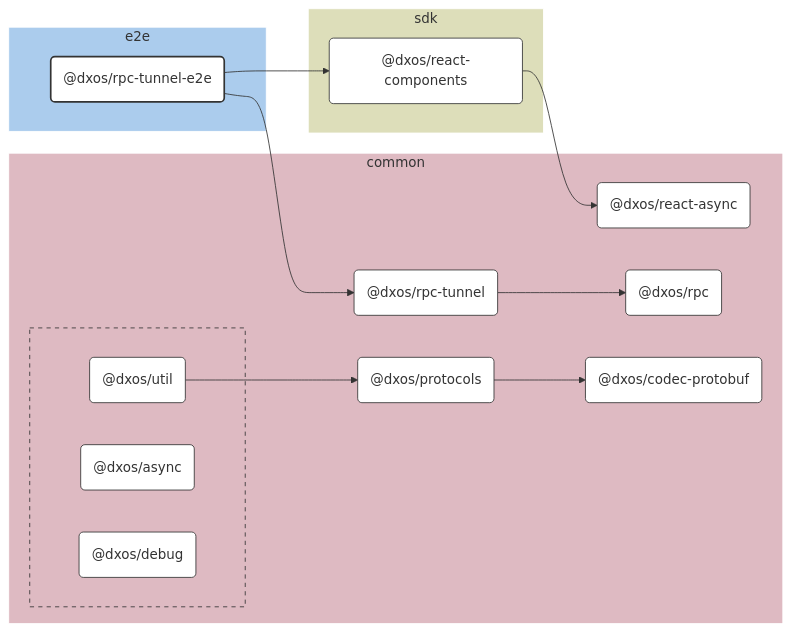
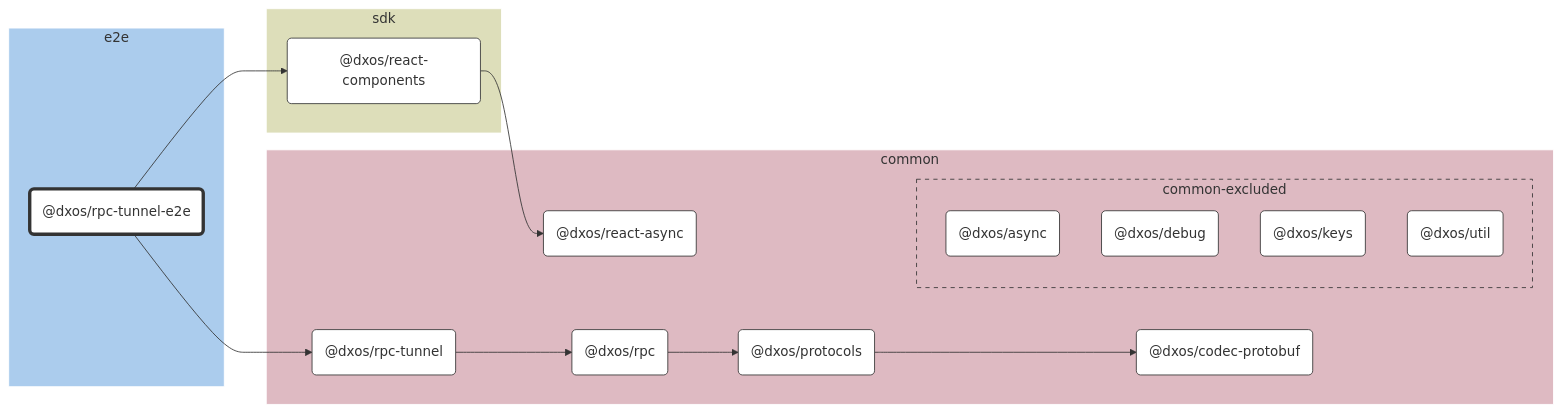
Before and after one commit to dxos/dxos: the diagram in e2e/rpc-tunnel/docs/README.md, drawn with Mermaid. The commit also changed other lines of this file and 683 other files, not shown here.

````diff
--- a/e2e/rpc-tunnel/docs/README.md
+++ b/e2e/rpc-tunnel/docs/README.md
@@ -7,73 +7,58 @@
 ```mermaid
 %%{ init: {'flowchart':{'curve':'basis'}} }%%
 
 flowchart LR
 
-%% Links
-dxos/protocols --> dxos/codec-protobuf;
-dxos/react-components --> dxos/react-async;
-dxos/rpc-tunnel --> dxos/rpc;
-dxos/rpc-tunnel-e2e --> dxos/react-components;
-dxos/rpc-tunnel-e2e --> dxos/rpc-tunnel;
-dxos/util --> dxos/protocols;
+%% Classes
+classDef def fill:#fff,stroke:#333,stroke-width:1px
+classDef root fill:#fff,stroke:#333,stroke-width:4px
 
-%% Sections
-subgraph e2e
-  style e2e fill:#abcced,stroke:#fff;
+%% Nodes
 
-  dxos/rpc-tunnel-e2e("@dxos/rpc-tunnel-e2e")
+subgraph e2e [e2e]
+  style e2e fill:#abcced,stroke:#fff
+  dxos/rpc-tunnel-e2e("@dxos/rpc-tunnel-e2e"):::root
+  click dxos/rpc-tunnel-e2e "dxos/dxos/tree/main/e2e/rpc-tunnel/docs"
 end
 
-subgraph common
-  style common fill:#debac2,stroke:#fff;
+subgraph common [common]
+  style common fill:#debac2,stroke:#fff
+  dxos/codec-protobuf("@dxos/codec-protobuf"):::def
+  click dxos/codec-protobuf "dxos/dxos/tree/main/packages/common/codec-protobuf/docs"
+  dxos/protocols("@dxos/protocols"):::def
+  click dxos/protocols "dxos/dxos/tree/main/packages/common/protocols/docs"
+  dxos/react-async("@dxos/react-async"):::def
+  click dxos/react-async "dxos/dxos/tree/main/packages/common/react-async/docs"
+  dxos/rpc("@dxos/rpc"):::def
+  click dxos/rpc "dxos/dxos/tree/main/packages/common/rpc/docs"
+  dxos/rpc-tunnel("@dxos/rpc-tunnel"):::def
+  click dxos/rpc-tunnel "dxos/dxos/tree/main/packages/common/rpc-tunnel/docs"
 
-  dxos/codec-protobuf("@dxos/codec-protobuf")
-  dxos/protocols("@dxos/protocols")
-  dxos/react-async("@dxos/react-async")
-  dxos/rpc("@dxos/rpc")
-  dxos/rpc-tunnel("@dxos/rpc-tunnel")
-
-  subgraph common-excluded [ ]
-    style common-excluded fill:#debac2,stroke:#333,stroke-dasharray:5 5;
-
-    dxos/async("@dxos/async")
-    dxos/debug("@dxos/debug")
-    dxos/util("@dxos/util")
+  subgraph common-excluded [common-excluded]
+    style common-excluded fill:#debac2,stroke:#333,stroke-dasharray:5 5
+    dxos/async("@dxos/async"):::def
+    click dxos/async "dxos/dxos/tree/main/packages/common/async/docs"
+    dxos/debug("@dxos/debug"):::def
+    click dxos/debug "dxos/dxos/tree/main/packages/common/debug/docs"
+    dxos/keys("@dxos/keys"):::def
+    click dxos/keys "dxos/dxos/tree/main/packages/common/keys/docs"
+    dxos/util("@dxos/util"):::def
+    click dxos/util "dxos/dxos/tree/main/packages/common/util/docs"
   end
 end
 
-subgraph sdk
-  style sdk fill:#dddeba,stroke:#fff;
-
-  dxos/react-components("@dxos/react-components")
+subgraph sdk [sdk]
+  style sdk fill:#dddeba,stroke:#fff
+  dxos/react-components("@dxos/react-components"):::def
+  click dxos/react-components "dxos/dxos/tree/main/packages/sdk/react-components/docs"
 end
 
-
-%% Hyperlinks
-click dxos/async "dxos/dxos/tree/main/packages/common/async/docs";
-click dxos/codec-protobuf "dxos/dxos/tree/main/packages/common/codec-protobuf/docs";
-click dxos/debug "dxos/dxos/tree/main/packages/common/debug/docs";
-click dxos/protocols "dxos/dxos/tree/main/packages/common/protocols/docs";
-click dxos/react-async "dxos/dxos/tree/main/packages/common/react-async/docs";
-click dxos/react-components "dxos/dxos/tree/main/packages/sdk/react-components/docs";
-click dxos/rpc "dxos/dxos/tree/main/packages/common/rpc/docs";
-click dxos/rpc-tunnel "dxos/dxos/tree/main/packages/common/rpc-tunnel/docs";
-click dxos/util "dxos/dxos/tree/main/packages/common/util/docs";
-
-%% Styles
-classDef rootNode fill:#fff,stroke:#333,stroke-width:2px
-classDef defaultNode fill:#fff,stroke:#333,stroke-width:1px
+%% Links
 linkStyle default stroke:#333,stroke-width:1px
-
-dxos/rpc-tunnel-e2e:::rootNode
-
-dxos/async:::defaultNode
-dxos/codec-protobuf:::defaultNode
-dxos/debug:::defaultNode
-dxos/protocols:::defaultNode
-dxos/react-async:::defaultNode
-dxos/react-components:::defaultNode
-dxos/rpc:::defaultNode
-dxos/rpc-tunnel:::defaultNode
-dxos/util:::defaultNode
+dxos/protocols --> dxos/codec-protobuf
+dxos/rpc-tunnel-e2e --> dxos/react-components
+dxos/react-components --> dxos/react-async
+dxos/rpc --> dxos/protocols
+dxos/rpc-tunnel-e2e --> dxos/rpc-tunnel
+dxos/rpc-tunnel --> dxos/rpc
 ```
````
